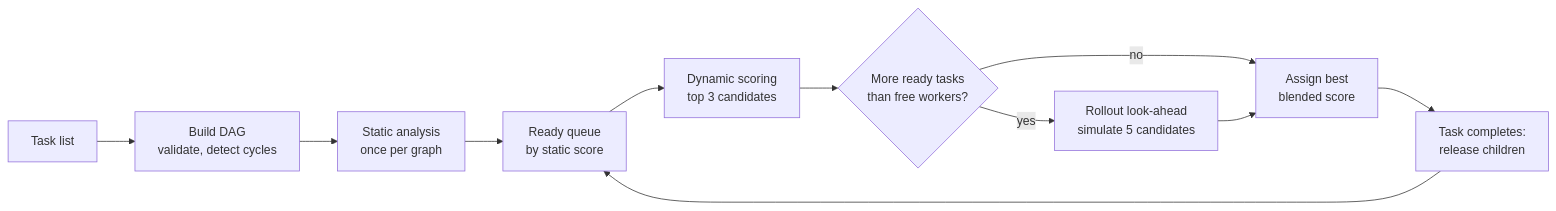
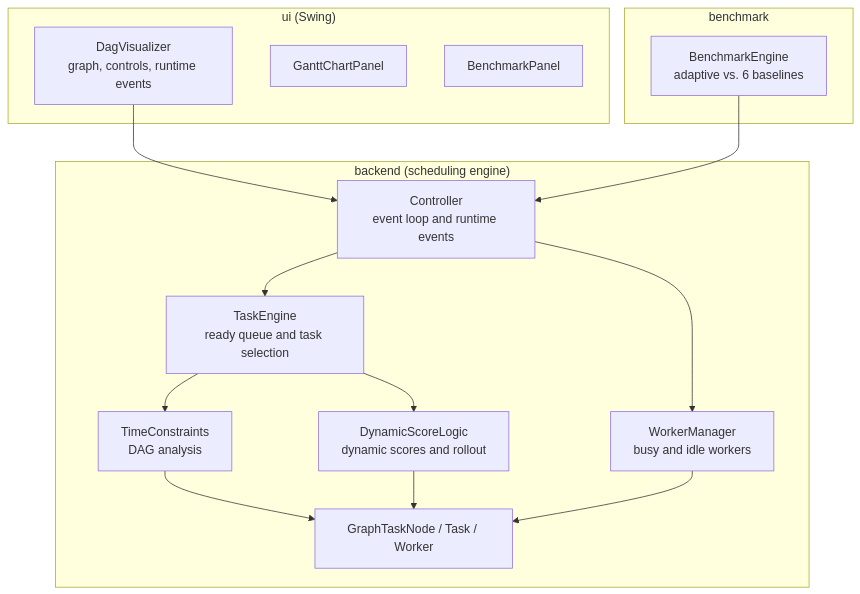
Before and after one commit to Omri1227/adaptive-task-scheduler: the first of 2 diagrams in README.md, drawn with Mermaid. The commit also changed other lines of this file, not shown here.

First line of the commit message:
README: document architecture, data structures and algorithms

````diff
--- a/README.md
+++ b/README.md
@@ -52,13 +64,28 @@
 ```mermaid
-flowchart LR
-    A[Task list] --> B[Build DAG<br/>validate, detect cycles]
-    B --> C[Static analysis<br/>once per graph]
-    C --> D[Ready queue<br/>by static score]
-    D --> E[Dynamic scoring<br/>top 3 candidates]
-    E --> F{More ready tasks<br/>than free workers?}
-    F -- no --> H[Assign best<br/>blended score]
-    F -- yes --> G[Rollout look-ahead<br/>simulate 5 candidates]
-    G --> H
-    H --> I[Task completes:<br/>release children]
-    I --> D
+flowchart TB
+    subgraph UI["ui (Swing)"]
+        V[DagVisualizer<br/>graph, controls, runtime events]
+        G[GanttChartPanel]
+        BP[BenchmarkPanel]
+    end
+    subgraph Bench["benchmark"]
+        BE[BenchmarkEngine<br/>adaptive vs. 6 baselines]
+    end
+    subgraph Engine["backend (scheduling engine)"]
+        C[Controller<br/>event loop and runtime events]
+        TE[TaskEngine<br/>ready queue and task selection]
+        WM[WorkerManager<br/>busy and idle workers]
+        TC[TimeConstraints<br/>DAG analysis]
+        DS[DynamicScoreLogic<br/>dynamic scores and rollout]
+        N[GraphTaskNode / Task / Worker]
+    end
+    V --> C
+    BE --> C
+    C --> TE
+    C --> WM
+    TE --> TC
+    TE --> DS
+    TC --> N
+    DS --> N
+    WM --> N
 ```
````
